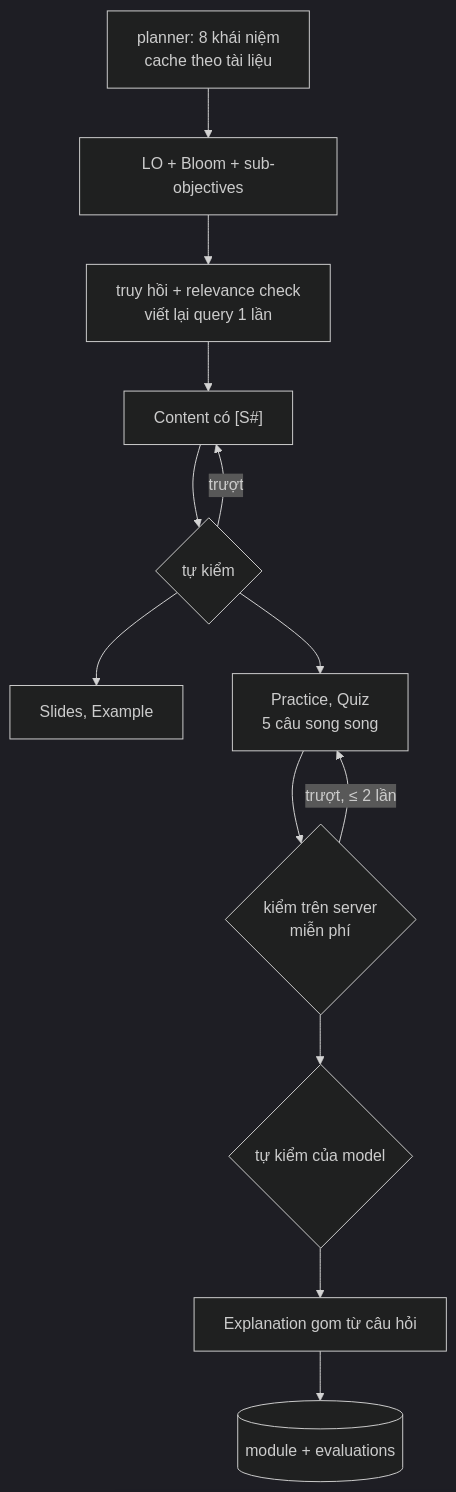
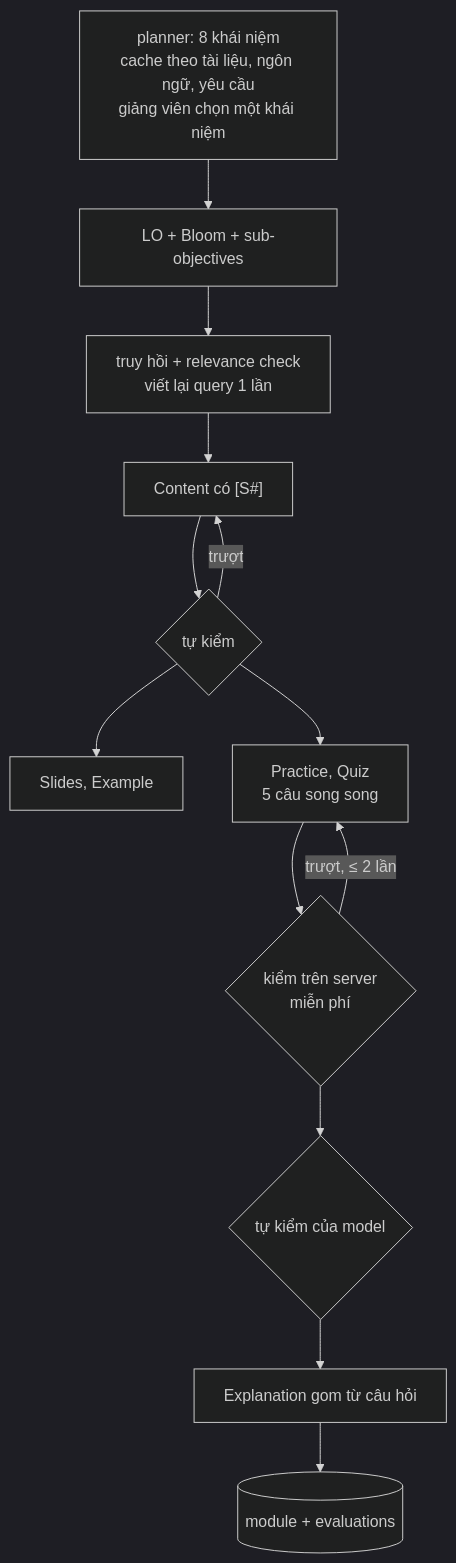
One commit to datduongabc/genai-microlearning changed the seventh of 11 diagrams in docs/architecture/hld-lld.md. Above: the diagram before and after it, drawn with Mermaid (dark theme). The commit also changed other lines of this file and 34 other files, not shown here.

````diff
--- a/docs/architecture/hld-lld.md
+++ b/docs/architecture/hld-lld.md
@@ -159,15 +159,15 @@
 ```mermaid
 flowchart TB
-  P[planner: 8 khái niệm<br/>cache theo tài liệu] --> LO[LO + Bloom + sub-objectives]
+  P[planner: 8 khái niệm<br/>cache theo tài liệu, ngôn ngữ, yêu cầu<br/>giảng viên chọn một khái niệm] --> LO[LO + Bloom + sub-objectives]
   LO --> RET[truy hồi + relevance check<br/>viết lại query 1 lần]
   RET --> CT["Content có [S#]"]
   CT --> SC{tự kiểm}
   SC -->|trượt| CT
   SC --> SL[Slides, Example]
   SC --> QZ[Practice, Quiz<br/>5 câu song song]
   QZ --> SV{kiểm trên server<br/>miễn phí}
   SV -->|trượt, ≤ 2 lần| QZ
   SV --> QC{tự kiểm của model}
   QC --> EXP[Explanation gom từ câu hỏi]
   EXP --> MOD[(module + evaluations)]
 ```
````
